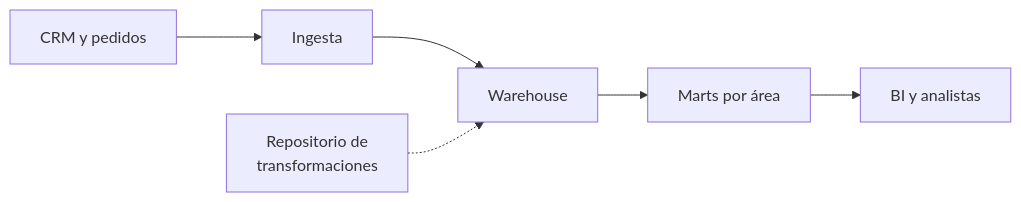
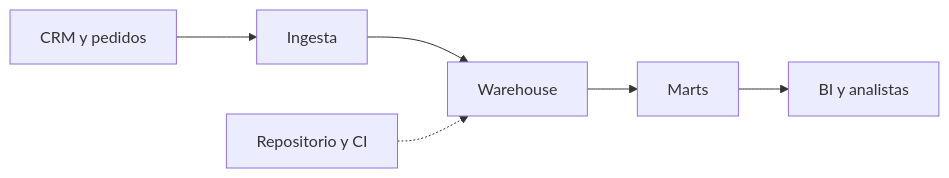
One commit to fcp4891/de-knowledge-hub changed the first of 3 diagrams in content/architectures/modern-data-warehouse-architecture.md. Above: the diagram before and after it, drawn with Mermaid. The commit also changed other lines of this file and 13 other files, not shown here.

````diff
--- a/content/architectures/modern-data-warehouse-architecture.md
+++ b/content/architectures/modern-data-warehouse-architecture.md
@@ -106,8 +106,8 @@
 ```mermaid
 flowchart LR
   A["CRM y pedidos"] --> I["Ingesta"]
   I --> W["Warehouse"]
-  W --> M["Marts por área"]
+  W --> M["Marts"]
   M --> B["BI y analistas"]
-  G["Repositorio de<br/>transformaciones"] -.-> W
+  G["Repositorio y CI"] -.-> W
 ```
````
